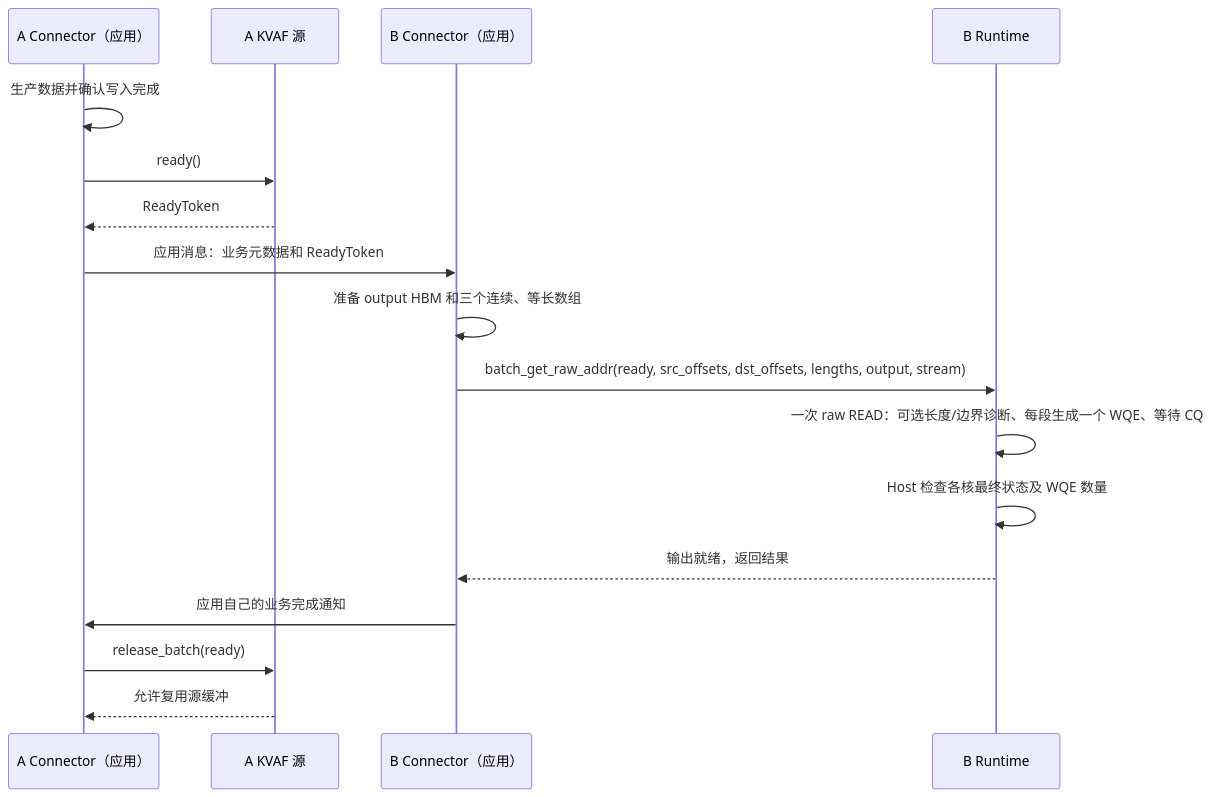
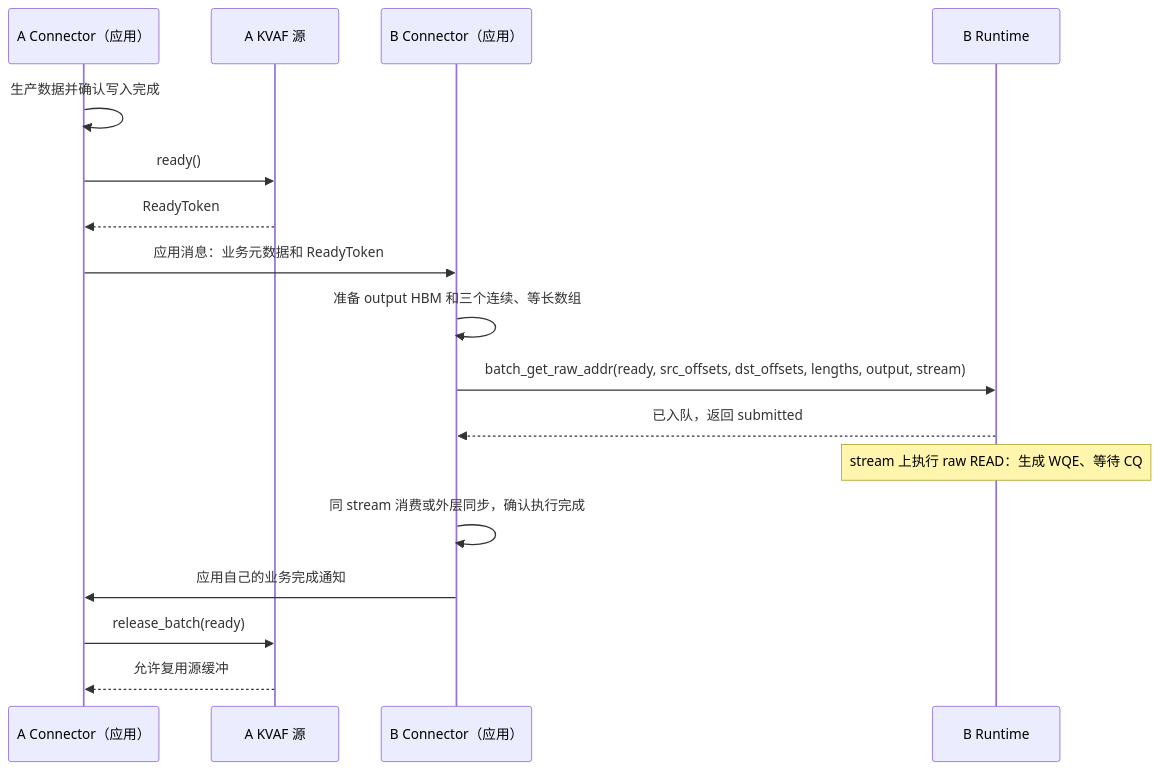
Before and after one commit to zxdgongjue-spec/KVAF: the third of 3 diagrams in docs/connector_pull_api_design.md, drawn with Mermaid. The commit also changed other lines of this file and 13 other files, not shown here.

````diff
--- a/docs/connector_pull_api_design.md
+++ b/docs/connector_pull_api_design.md
@@ -507,20 +508,20 @@
 ```mermaid
 sequenceDiagram
     participant AC as A Connector（应用）
     participant AS as A KVAF 源
     participant BC as B Connector（应用）
     participant BR as B Runtime
 
     AC->>AC: 生产数据并确认写入完成
     AC->>AS: ready()
     AS-->>AC: ReadyToken
     AC->>BC: 应用消息：业务元数据和 ReadyToken
     BC->>BC: 准备 output HBM 和三个连续、等长数组
     BC->>BR: batch_get_raw_addr(ready, src_offsets, dst_offsets, lengths, output, stream)
-    BR->>BR: 一次 raw READ：可选长度/边界诊断、每段生成一个 WQE、等待 CQ
-    BR->>BR: Host 检查各核最终状态及 WQE 数量
-    BR-->>BC: 输出就绪，返回结果
+    BR-->>BC: 已入队，返回 submitted
+    Note over BR: stream 上执行 raw READ：生成 WQE、等待 CQ
+    BC->>BC: 同 stream 消费或外层同步，确认执行完成
     BC->>AC: 应用自己的业务完成通知
     AC->>AS: release_batch(ready)
     AS-->>AC: 允许复用源缓冲
 ```
````
